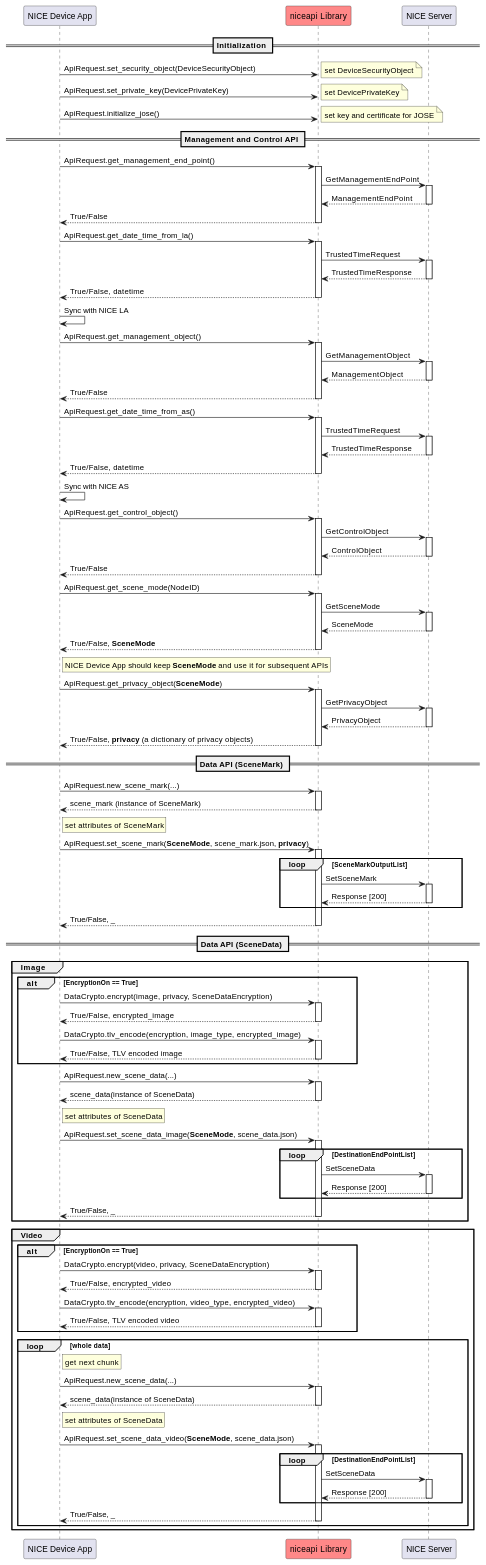
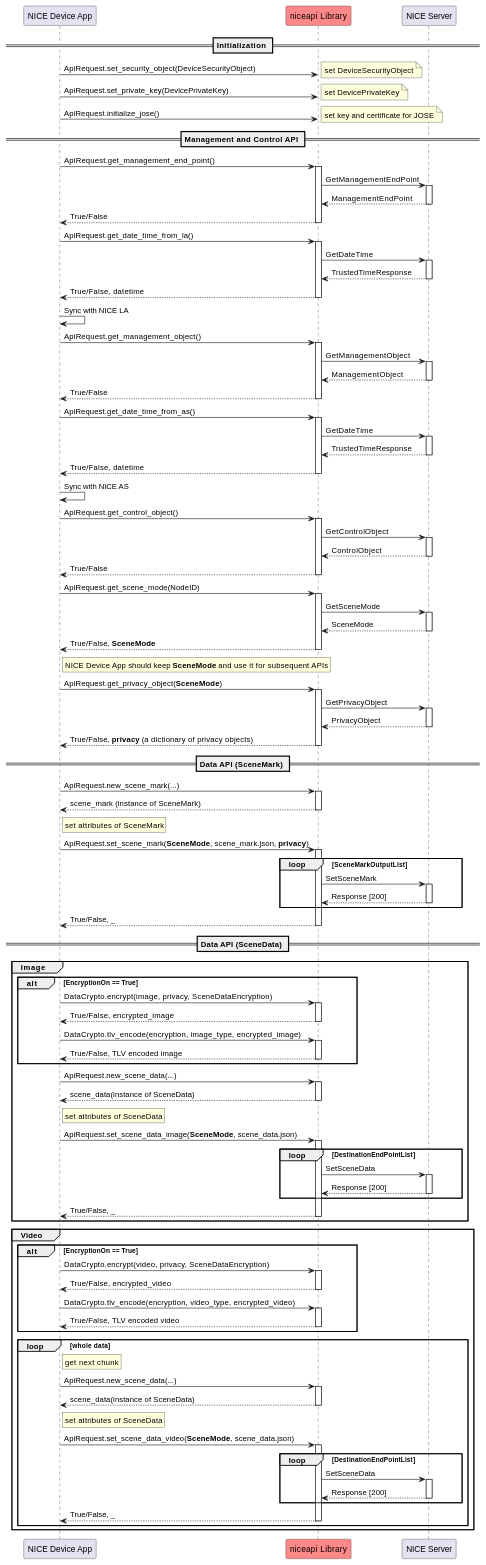
Before and after one commit to Scenerainc/scenera-niceapi: the third of 20 diagrams in docs/README.md, drawn with PlantUML.

Commit message:
[#11] docs/README.md update.

```diff
--- a/docs/README.md
+++ b/docs/README.md
@@ -253,7 +253,7 @@
 App <-- CMF -- : True/False
 
 App -> CMF ++ : ApiRequest.get_date_time_from_la()
-CMF -> Cloud ++ : TrustedTimeRequest
+CMF -> Cloud ++ : GetDateTime
 CMF <-- Cloud -- : TrustedTimeResponse
 App <-- CMF -- : True/False, datetime
 App -> App : Sync with NICE LA
@@ -264,7 +264,7 @@
 App <-- CMF -- : True/False
 
 App -> CMF ++ : ApiRequest.get_date_time_from_as()
-CMF -> Cloud ++ : TrustedTimeRequest
+CMF -> Cloud ++ : GetDateTime
 CMF <-- Cloud -- : TrustedTimeResponse
 App <-- CMF -- : True/False, datetime
 App -> App : Sync with NICE AS
```
